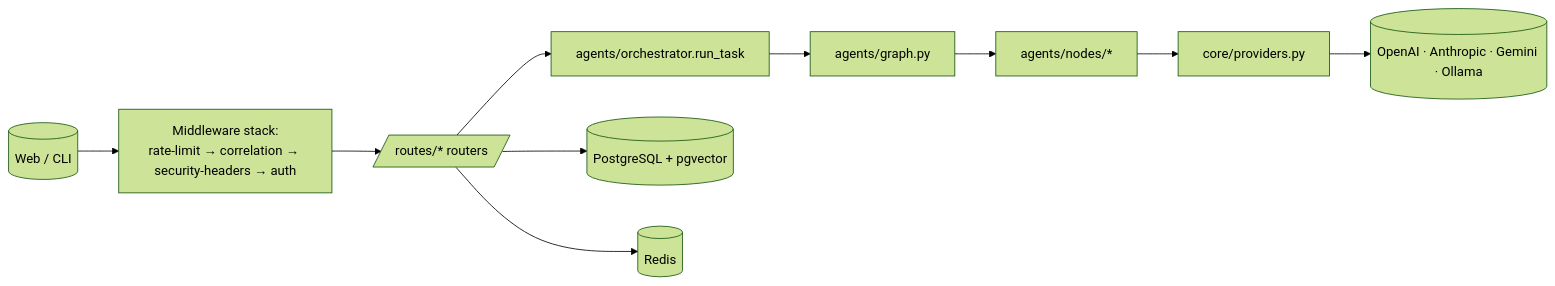
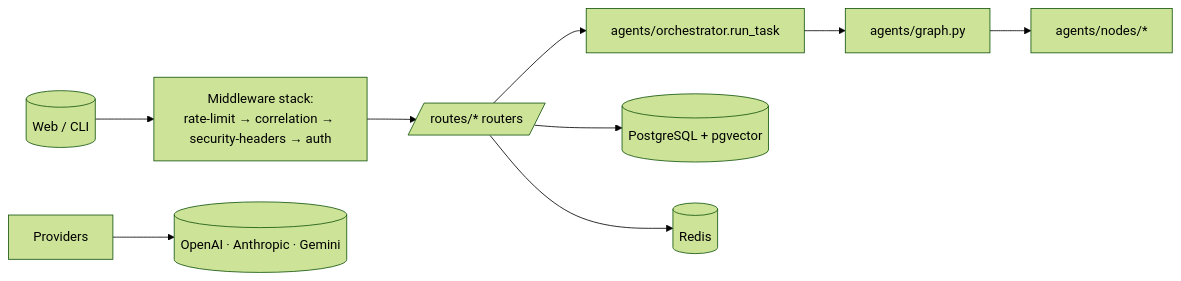
One commit to garvit-mishra-beep/AgentForge changed the diagram in apps/api/README.md. Above: the diagram before and after it, drawn with Mermaid (forest theme). The commit also changed 338 other files, not shown here.

````diff
--- a/apps/api/README.md
+++ b/apps/api/README.md
@@ -52,12 +52,11 @@
 ```mermaid
 graph LR
   Client[(Web / CLI)] --> MW[Middleware stack:<br/>rate-limit → correlation → security-headers → auth]
   MW --> Router[/routes/* routers/]
   Router --> Orchestrator[agents/orchestrator.run_task]
   Orchestrator --> Graph[agents/graph.py]
   Graph --> Nodes[agents/nodes/*]
-  Nodes --> Providers[core/providers.py]
-  Providers --> LLMs[(OpenAI · Anthropic · Gemini · Ollama)]
+  Providers --> LLMs[(OpenAI · Anthropic · Gemini)]
   Router --> DB[(PostgreSQL + pgvector)]
   Router --> Redis[(Redis)]
 ```
````
